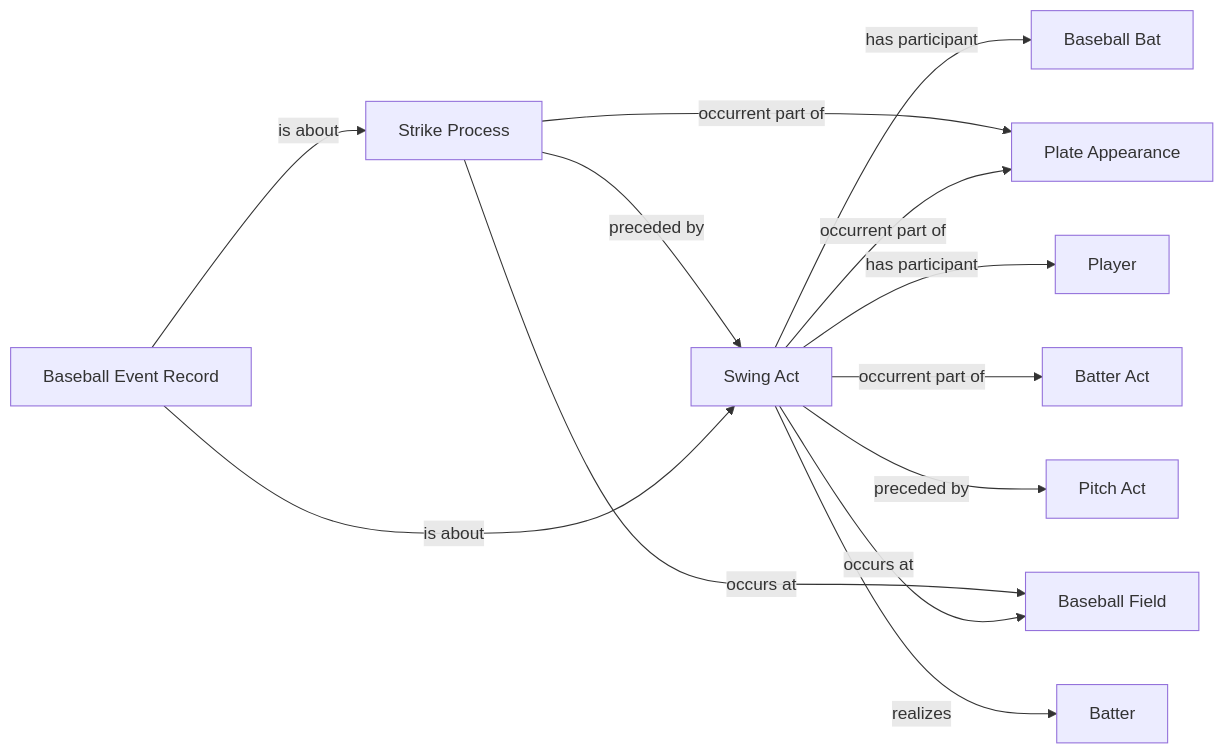
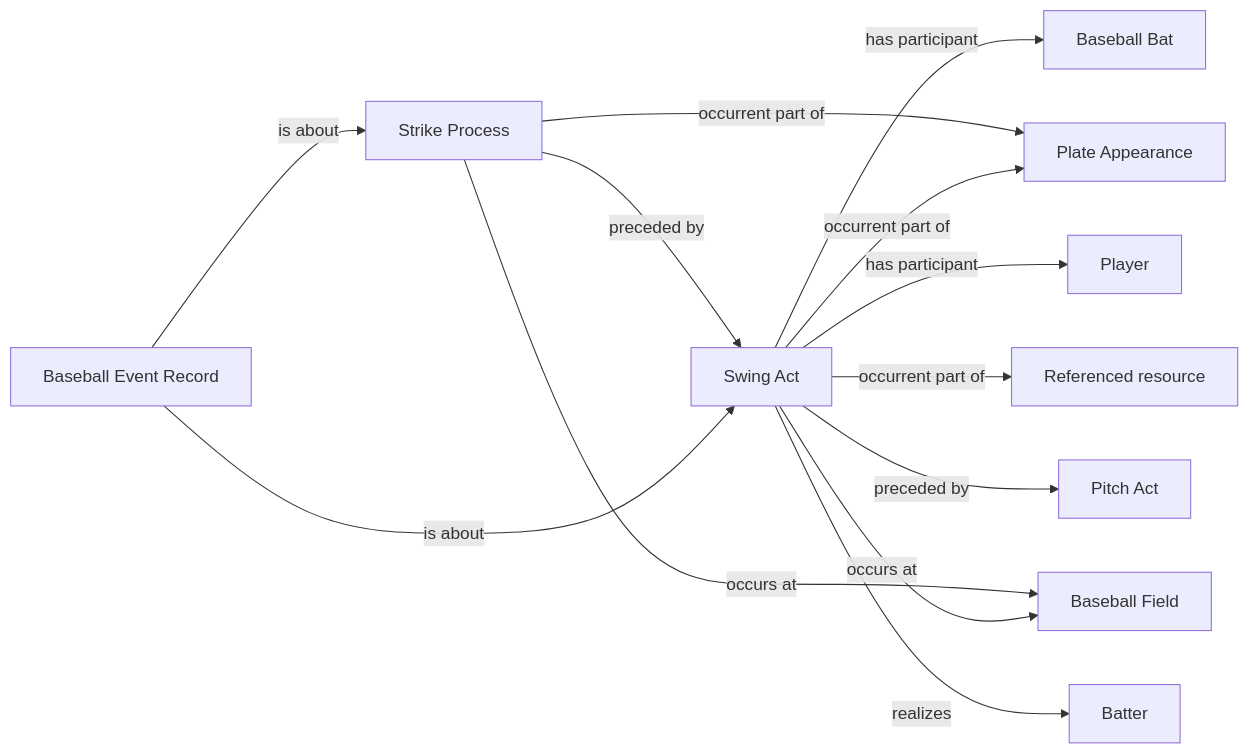
Before and after one commit to CarterBeauBenson/BaseballO: the diagram in Baseball/mermaid/patterns/ontology/15-swinging-strike.md, drawn with Mermaid. The commit also changed other lines of this file and 153 other files, not shown here.

````diff
--- a/Baseball/mermaid/patterns/ontology/15-swinging-strike.md
+++ b/Baseball/mermaid/patterns/ontology/15-swinging-strike.md
@@ -10,25 +10,25 @@
 ```mermaid
 flowchart LR
-    N01["Swing Act"]
-    N02["Baseball Bat"]
-    N03["Baseball Event Record"]
-    N04["Pitch Act"]
-    N05["Plate Appearance"]
-    N06["Batter Act"]
+    N01["Referenced resource"]
+    N02["Swing Act"]
+    N03["Baseball Bat"]
+    N04["Baseball Event Record"]
+    N05["Pitch Act"]
+    N06["Plate Appearance"]
     N07["Strike Process"]
     N08["Player"]
     N09["Batter"]
     N10["Baseball Field"]
-    N01 -->|has participant| N02
-    N01 -->|has participant| N08
-    N01 -->|occurrent part of| N05
-    N01 -->|occurrent part of| N06
-    N01 -->|occurs at| N10
-    N01 -->|preceded by| N04
-    N01 -->|realizes| N09
-    N03 -->|is about| N01
-    N03 -->|is about| N07
-    N07 -->|occurrent part of| N05
+    N02 -->|has participant| N03
+    N02 -->|has participant| N08
+    N02 -->|occurrent part of| N01
+    N02 -->|occurrent part of| N06
+    N02 -->|occurs at| N10
+    N02 -->|preceded by| N05
+    N02 -->|realizes| N09
+    N04 -->|is about| N02
+    N04 -->|is about| N07
+    N07 -->|occurrent part of| N06
     N07 -->|occurs at| N10
-    N07 -->|preceded by| N01
+    N07 -->|preceded by| N02
 ```
````
